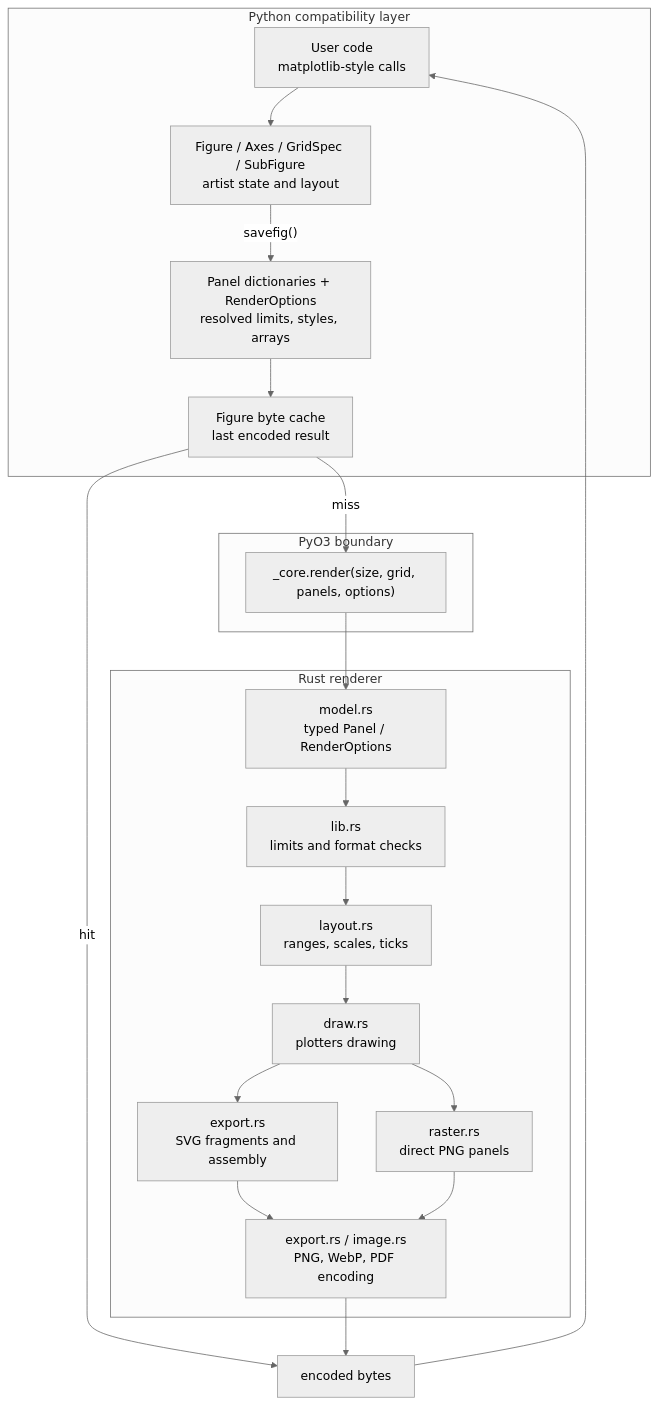
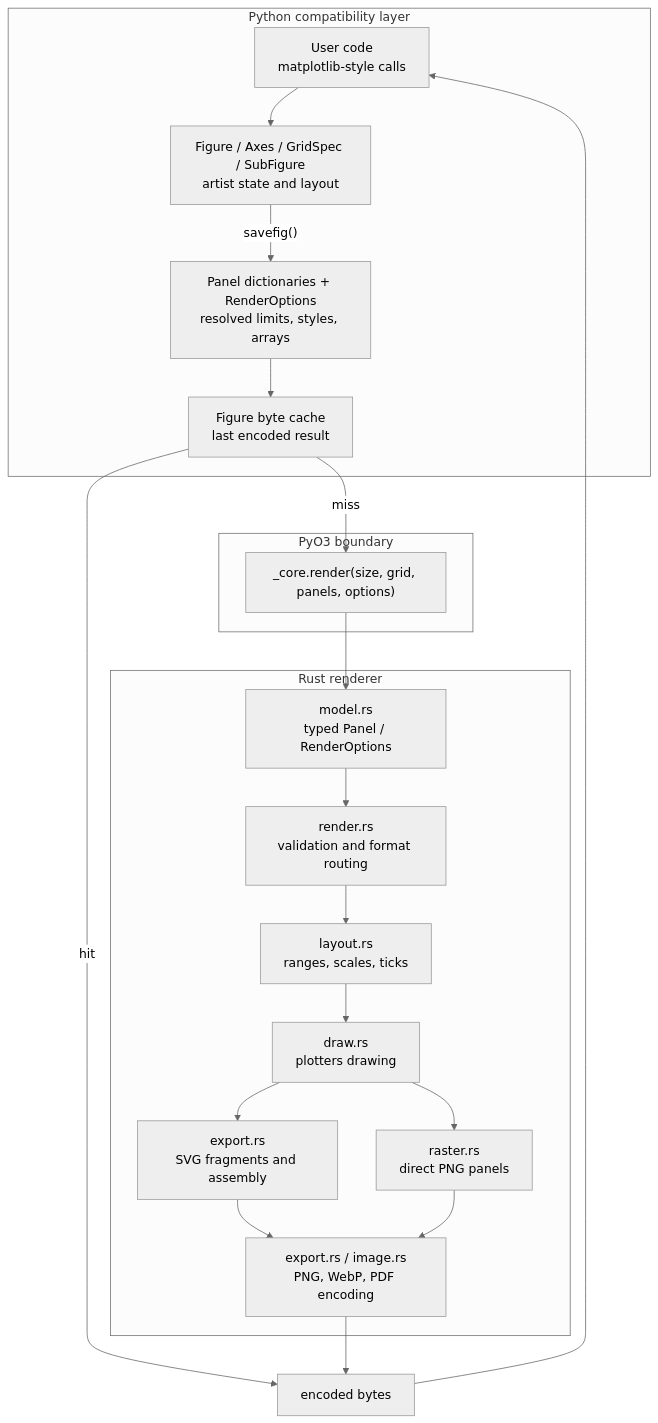
The first of 3 diagrams in architecture.md (kassoulet/matplotvite), drawn with Mermaid (neutral theme) before and after one commit. The commit also changed other lines of this file and 3 other files, not shown here.

````diff
--- a/architecture.md
+++ b/architecture.md
@@ -15,40 +15,40 @@
 ```mermaid
 flowchart TB
     subgraph PY["Python compatibility layer"]
         USER["User code<br/>matplotlib-style calls"]
         API["Figure / Axes / GridSpec / SubFigure<br/>artist state and layout"]
         PANEL["Panel dictionaries + RenderOptions<br/>resolved limits, styles, arrays"]
         CACHE["Figure byte cache<br/>last encoded result"]
         USER --> API
         API -->|"savefig()"| PANEL
         PANEL --> CACHE
     end
 
     subgraph FFI["PyO3 boundary"]
         ENTRY["_core.render(size, grid, panels, options)"]
     end
 
     CACHE -->|"hit"| BYTES["encoded bytes"]
     CACHE -->|"miss"| ENTRY
 
     subgraph RS["Rust renderer"]
         MODEL["model.rs<br/>typed Panel / RenderOptions"]
-        CHECK["lib.rs<br/>limits and format checks"]
+        CHECK["render.rs<br/>validation and format routing"]
         LAYOUT["layout.rs<br/>ranges, scales, ticks"]
         DRAW["draw.rs<br/>plotters drawing"]
         SVG["export.rs<br/>SVG fragments and assembly"]
         BITMAP["raster.rs<br/>direct PNG panels"]
         ENCODE["export.rs / image.rs<br/>PNG, WebP, PDF encoding"]
         ENTRY --> MODEL
         MODEL --> CHECK
         CHECK --> LAYOUT
         LAYOUT --> DRAW
         DRAW --> SVG
         DRAW --> BITMAP
         SVG --> ENCODE
         BITMAP --> ENCODE
     end
 
     BYTES --> USER
     ENCODE --> BYTES
 ```
````
